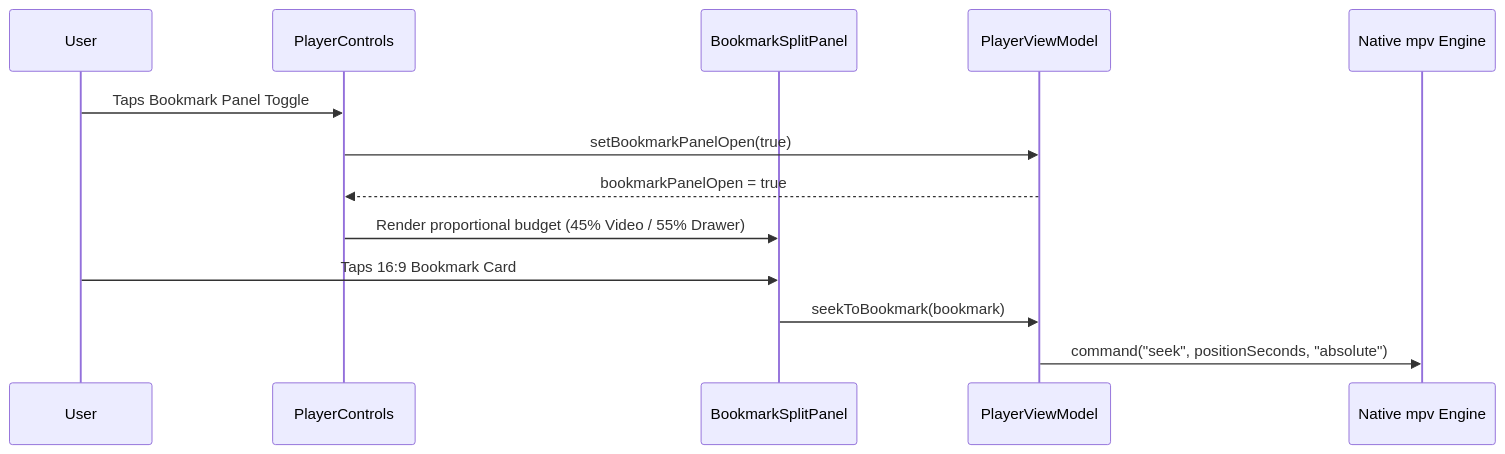
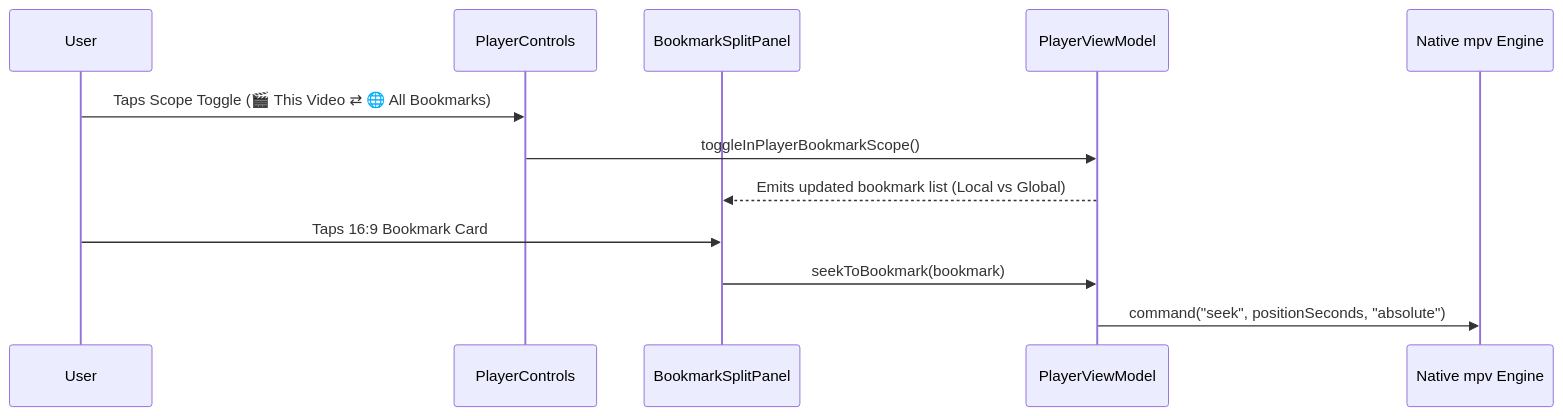
One commit to Mostakim2005/mpvRx changed the second of 3 diagrams in docs/ARCHITECTURE.md. Above: the diagram before and after it, drawn with Mermaid. The commit also changed other lines of this file and 7 other files, not shown here.

````diff
--- a/docs/ARCHITECTURE.md
+++ b/docs/ARCHITECTURE.md
@@ -72,16 +78,15 @@
 ```mermaid
 sequenceDiagram
     participant User
     participant Controls as PlayerControls
     participant Drawer as BookmarkSplitPanel
     participant VM as PlayerViewModel
     participant mpv as Native mpv Engine
 
-    User->>Controls: Taps Bookmark Panel Toggle
-    Controls->>VM: setBookmarkPanelOpen(true)
-    VM-->>Controls: bookmarkPanelOpen = true
-    Controls->>Drawer: Render proportional budget (45% Video / 55% Drawer)
+    User->>Controls: Taps Scope Toggle (🎬 This Video ⇄ 🌐 All Bookmarks)
+    Controls->>VM: toggleInPlayerBookmarkScope()
+    VM-->>Drawer: Emits updated bookmark list (Local vs Global)
     User->>Drawer: Taps 16:9 Bookmark Card
     Drawer->>VM: seekToBookmark(bookmark)
     VM->>mpv: command("seek", positionSeconds, "absolute")
 ```
````
